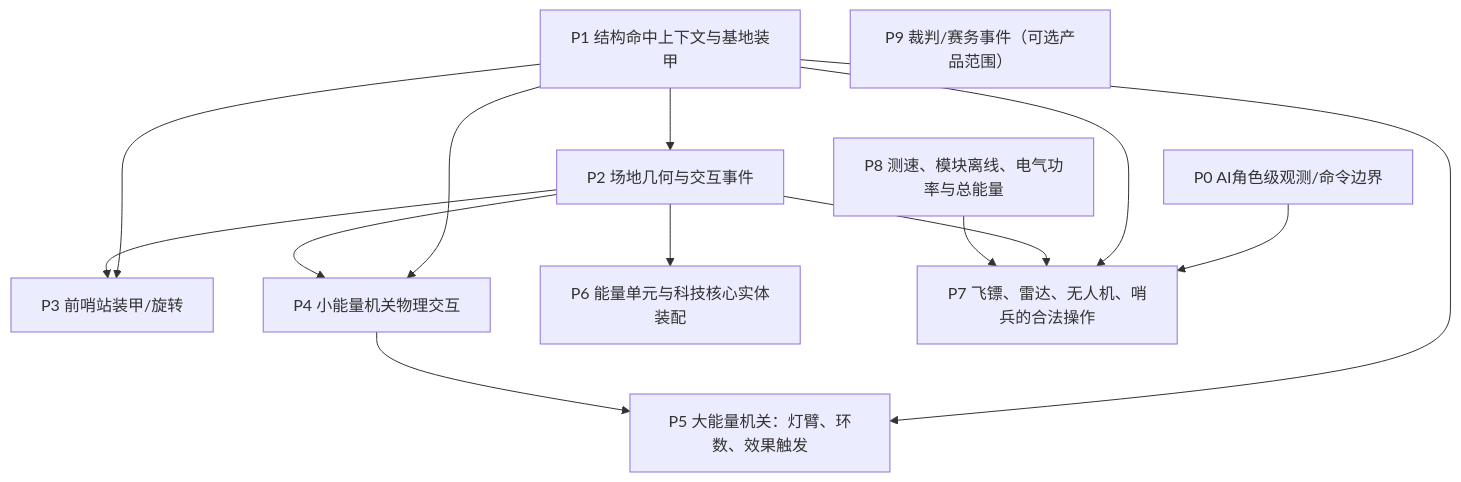
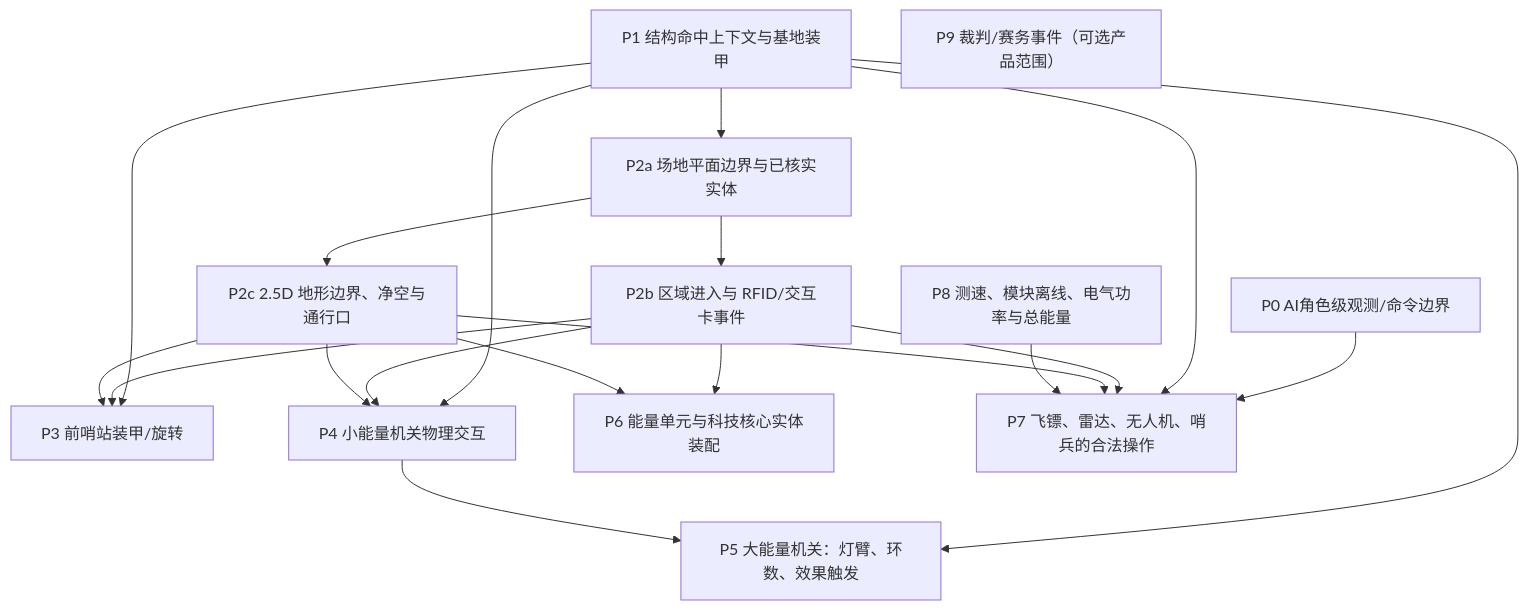
The diagram in docs/rules/rmuc-2026-v1.4.0-coverage.md (Tyr1onX/tarsgo-simulator), drawn with Mermaid before and after one commit. The commit also changed other lines of this file and 3 other files, not shown here.

````diff
--- a/docs/rules/rmuc-2026-v1.4.0-coverage.md
+++ b/docs/rules/rmuc-2026-v1.4.0-coverage.md
@@ -110,16 +110,22 @@
 ```mermaid
 flowchart TD
-  P1["P1 结构命中上下文与基地装甲"] --> P2["P2 场地几何与交互事件"]
+  P1["P1 结构命中上下文与基地装甲"] --> P2a["P2a 场地平面边界与已核实实体"]
+  P2a --> P2b["P2b 区域进入与 RFID/交互卡事件"]
+  P2a --> P2c["P2c 2.5D 地形边界、净空与通行口"]
   P1 --> P3["P3 前哨站装甲/旋转"]
   P1 --> P4["P4 小能量机关物理交互"]
-  P2 --> P3
-  P2 --> P4
+  P2b --> P3
+  P2c --> P3
+  P2b --> P4
+  P2c --> P4
   P1 --> P5["P5 大能量机关：灯臂、环数、效果触发"]
   P4 --> P5
-  P2 --> P6["P6 能量单元与科技核心实体装配"]
+  P2b --> P6["P6 能量单元与科技核心实体装配"]
+  P2c --> P6
   P0["P0 AI角色级观测/命令边界"] --> P7["P7 飞镖、雷达、无人机、哨兵的合法操作"]
   P1 --> P7
-  P2 --> P7
+  P2b --> P7
+  P2c --> P7
   P8["P8 测速、模块离线、电气功率与总能量"] --> P7
   P9["P9 裁判/赛务事件（可选产品范围）"]
 ```
````
